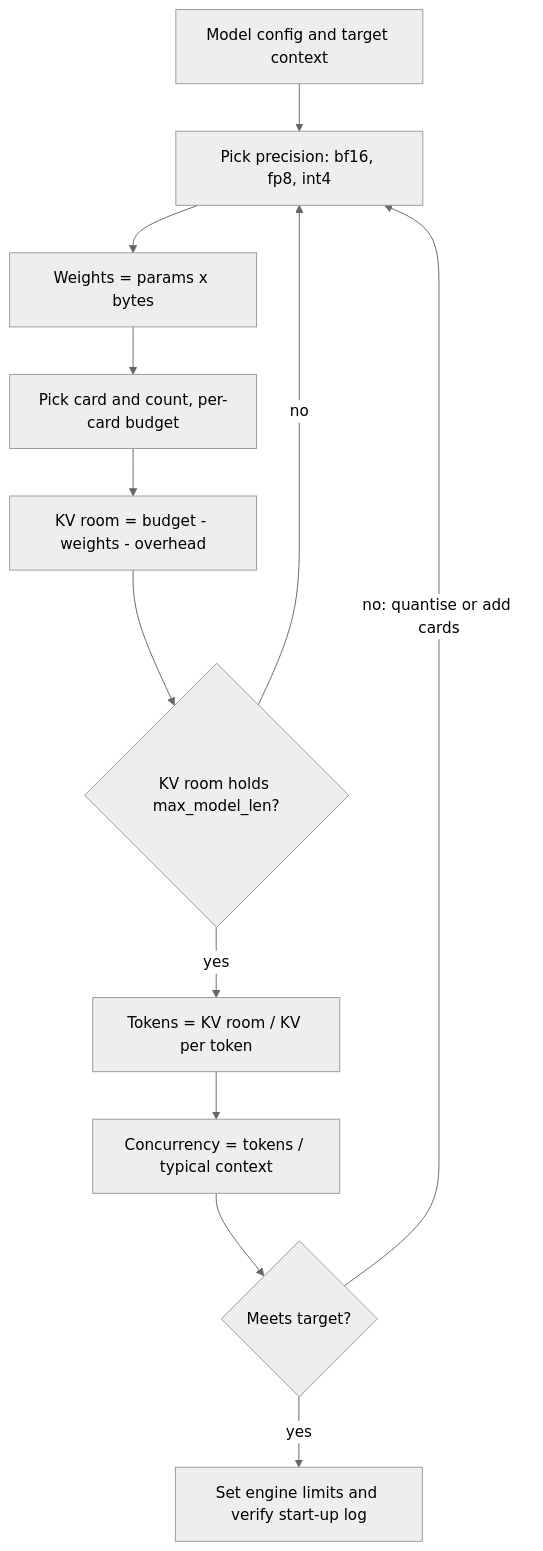
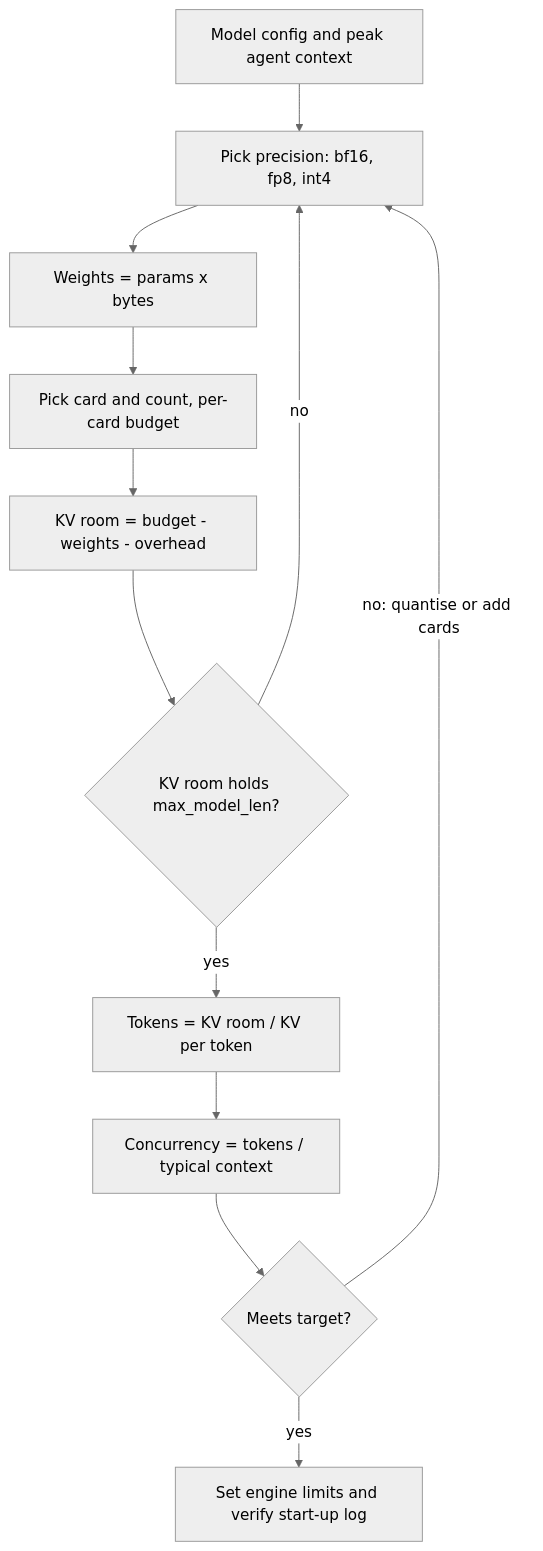
The diagram in content/infra-capacity-economics/gpu-sizing.md (lovishmahajan97/agentic-learning), drawn with Mermaid (neutral theme) before and after one commit. The commit also changed other lines of this file and 266 other files, not shown here.

````diff
--- a/content/infra-capacity-economics/gpu-sizing.md
+++ b/content/infra-capacity-economics/gpu-sizing.md
@@ -153,14 +175,14 @@
 ```mermaid
 flowchart TD
-    A["Model config and target context"] --> B["Pick precision: bf16, fp8, int4"]
+    A["Model config and peak agent context"] --> B["Pick precision: bf16, fp8, int4"]
     B --> C["Weights = params x bytes"]
     C --> D["Pick card and count, per-card budget"]
     D --> E["KV room = budget - weights - overhead"]
     E --> F{"KV room holds max_model_len?"}
     F -->|"no"| B
     F -->|"yes"| G["Tokens = KV room / KV per token"]
     G --> H["Concurrency = tokens / typical context"]
     H --> I{"Meets target?"}
     I -->|"no: quantise or add cards"| B
     I -->|"yes"| J["Set engine limits and verify start-up log"]
 ```
````
